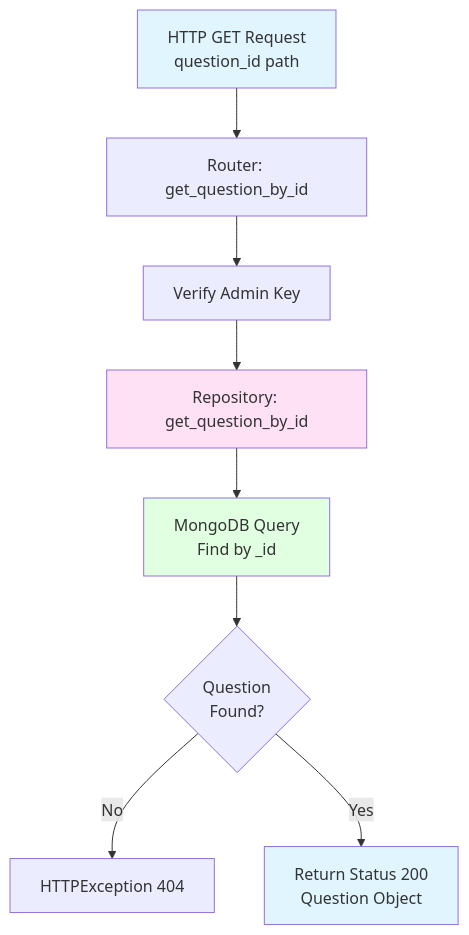
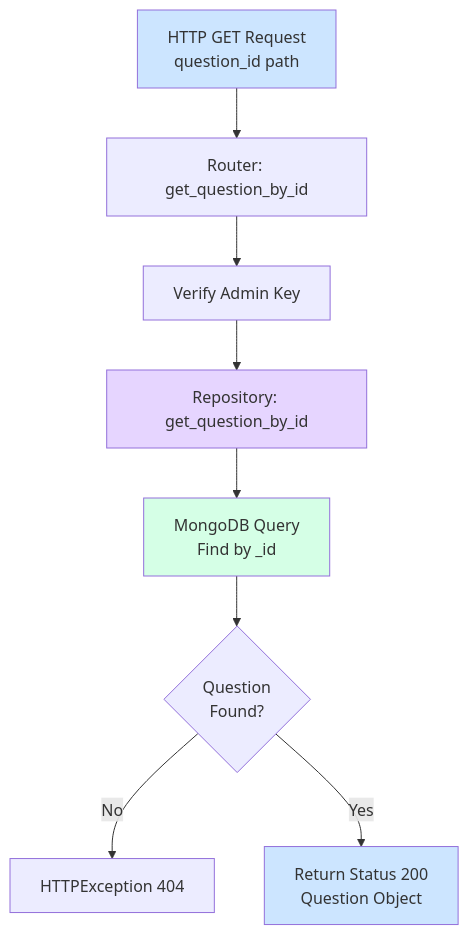
One commit to amitspk/project-x changed the seventh of 12 diagrams in SelfLearning/fyi_widget_api/ENDPOINT_FLOWS_VISUAL.md. Above: the diagram before and after it, drawn with Mermaid. The commit also changed other lines of this file, not shown here.

Commit message:
updated flow diagram

````diff
--- a/SelfLearning/fyi_widget_api/ENDPOINT_FLOWS_VISUAL.md
+++ b/SelfLearning/fyi_widget_api/ENDPOINT_FLOWS_VISUAL.md
@@ -223,15 +223,15 @@
 ```mermaid
 graph TD
     A[HTTP GET Request<br/>question_id path] --> B[Router: get_question_by_id]
     B --> C[Verify Admin Key]
     C --> D[Repository: get_question_by_id]
     D --> E[MongoDB Query<br/>Find by _id]
     E --> F{Question<br/>Found?}
     F -->|No| G[HTTPException 404]
     F -->|Yes| H[Return Status 200<br/>Question Object]
     
-    style A fill:#e1f5ff
-    style D fill:#ffe1f5
-    style E fill:#e1ffe1
-    style H fill:#e1f5ff
+    style A fill:#cce5ff
+    style D fill:#e6d5ff
+    style E fill:#d5ffe6
+    style H fill:#cce5ff
 ```
````
